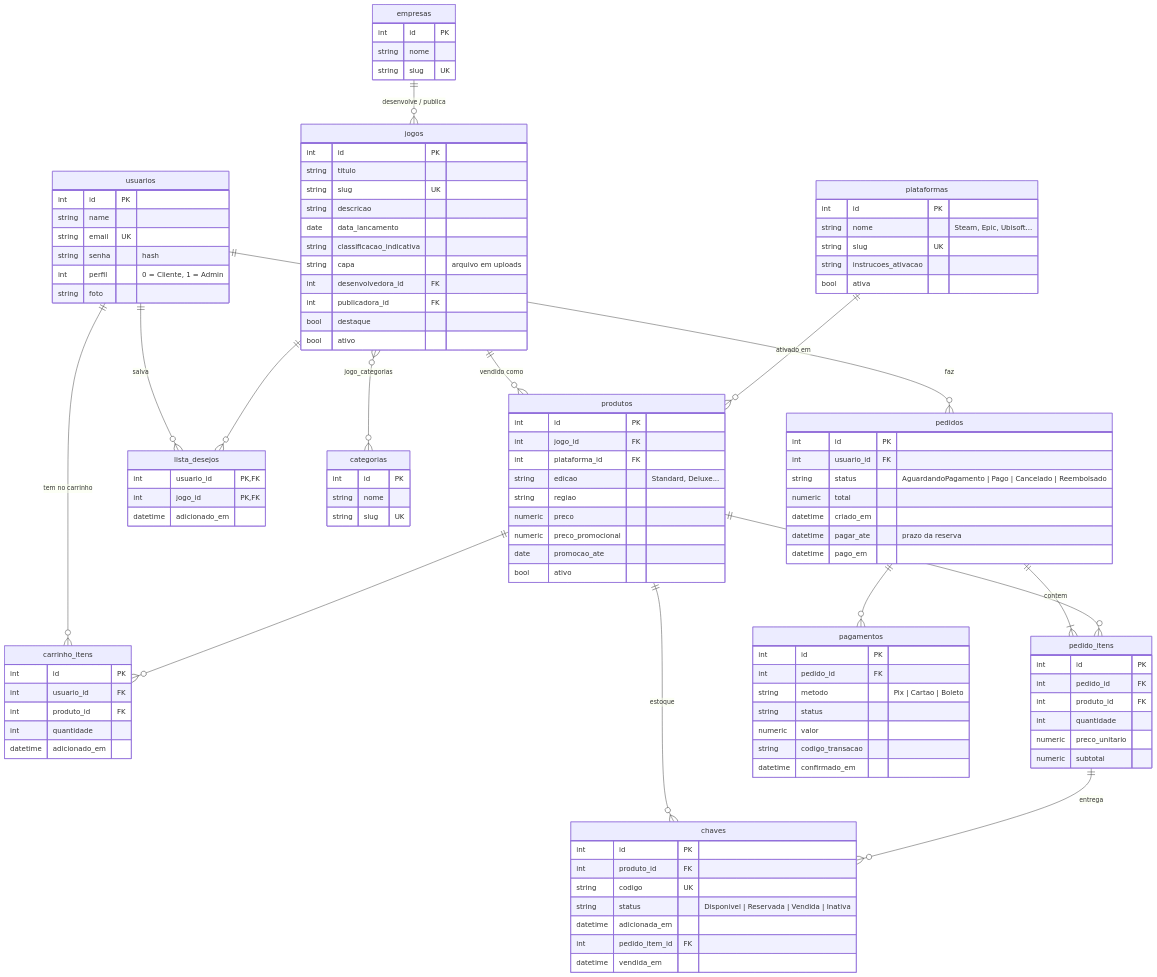
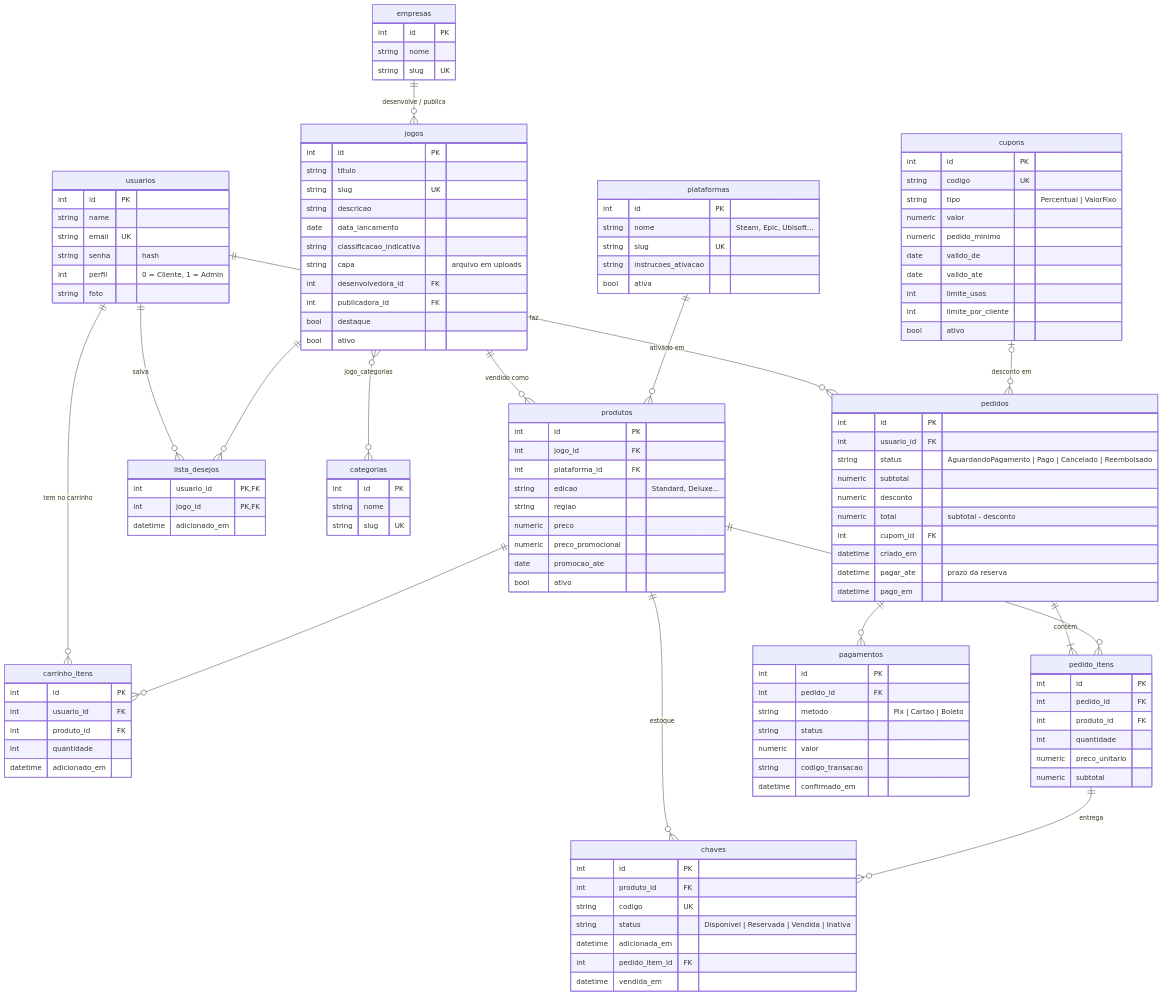
The second of 2 diagrams in docs/modelo-de-dados.md (viniciusdepaula25/clouud), drawn with Mermaid before and after one commit. The commit also changed other lines of this file and 23 other files, not shown here.

First line of the commit message:
Cria os cupons de desconto

```diff
--- a/docs/modelo-de-dados.md
+++ b/docs/modelo-de-dados.md
@@ -83,6 +83,7 @@
     produtos ||--o{ pedido_itens : ""
     pedido_itens ||--o{ chaves : entrega
     pedidos ||--o{ pagamentos : ""
+    cupons |o--o{ pedidos : "desconto em"
 
     usuarios {
         int id PK
@@ -158,10 +159,25 @@
         int id PK
         int usuario_id FK
         string status "AguardandoPagamento | Pago | Cancelado | Reembolsado"
-        numeric total
+        numeric subtotal
+        numeric desconto
+        numeric total "subtotal - desconto"
+        int cupom_id FK
         datetime criado_em
         datetime pagar_ate "prazo da reserva"
         datetime pago_em
+    }
+    cupons {
+        int id PK
+        string codigo UK
+        string tipo "Percentual | ValorFixo"
+        numeric valor
+        numeric pedido_minimo
+        date valido_de
+        date valido_ate
+        int limite_usos
+        int limite_por_cliente
+        bool ativo
     }
     pedido_itens {
         int id PK
```
